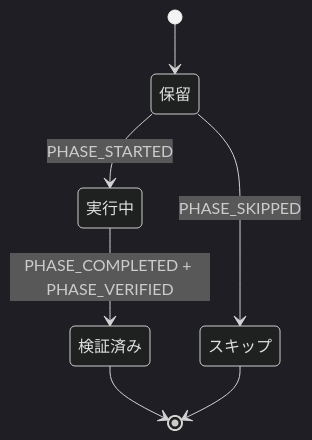
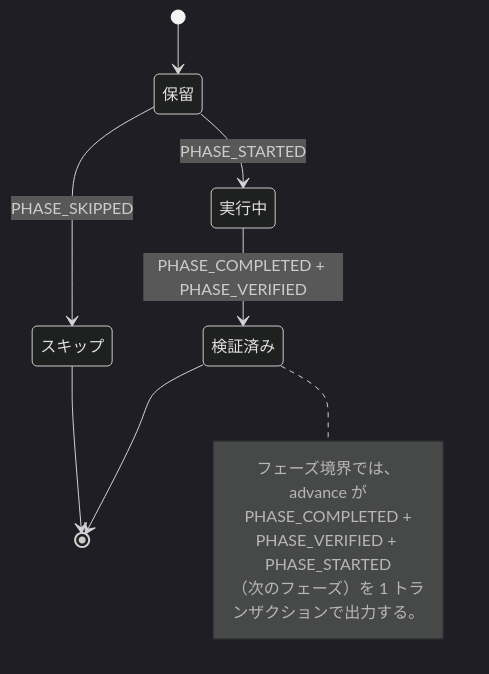
The second of 3 diagrams in docs/reference/ja/12-state-machine.md (otomatty/aidlc-guide), drawn with Mermaid (dark theme) before and after one commit. The commit also changed other lines of this file and 832 other files, not shown here.

````diff
--- a/docs/reference/ja/12-state-machine.md
+++ b/docs/reference/ja/12-state-machine.md
@@ -91,9 +88,15 @@
 ```mermaid
 stateDiagram-v2
     [*] --> 保留
     保留 --> 実行中 : PHASE_STARTED
     保留 --> スキップ : PHASE_SKIPPED
     実行中 --> 検証済み : PHASE_COMPLETED + PHASE_VERIFIED
     検証済み --> [*]
     スキップ --> [*]
+    note right of 検証済み
+        フェーズ境界では、advance が
+        PHASE_COMPLETED +
+        PHASE_VERIFIED + PHASE_STARTED
+        （次のフェーズ）を 1 トランザクションで出力する。
+    end note
 ```
````
